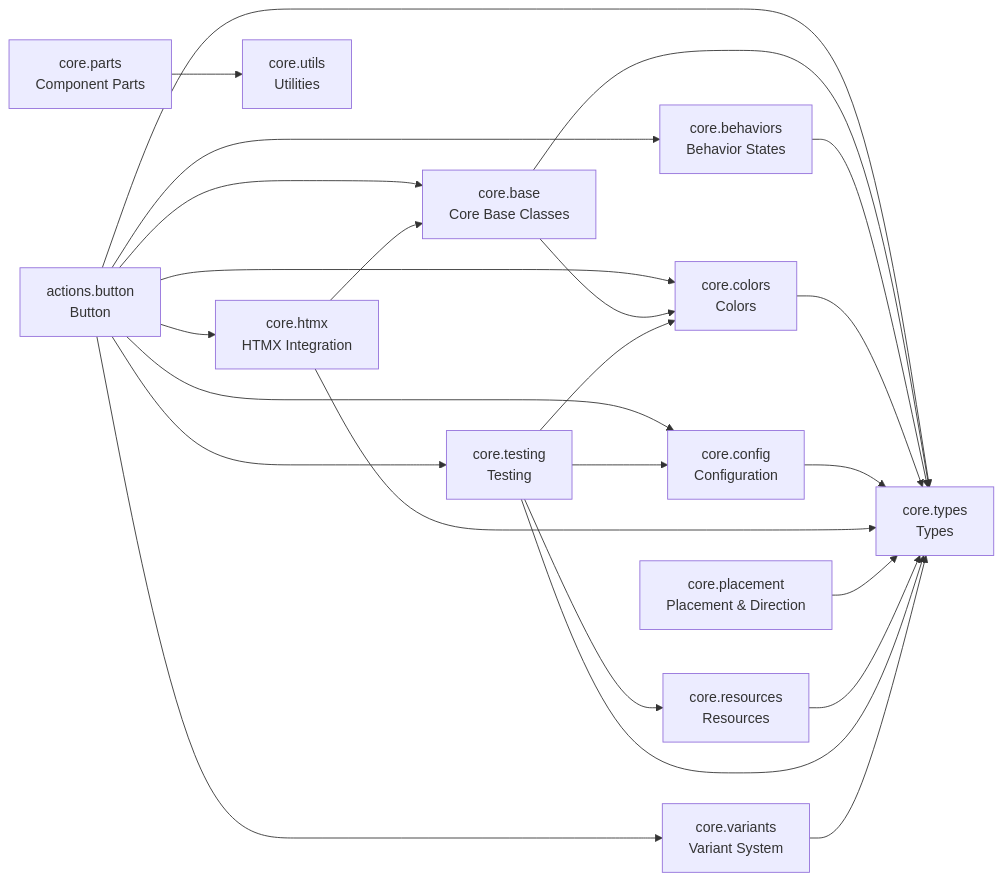
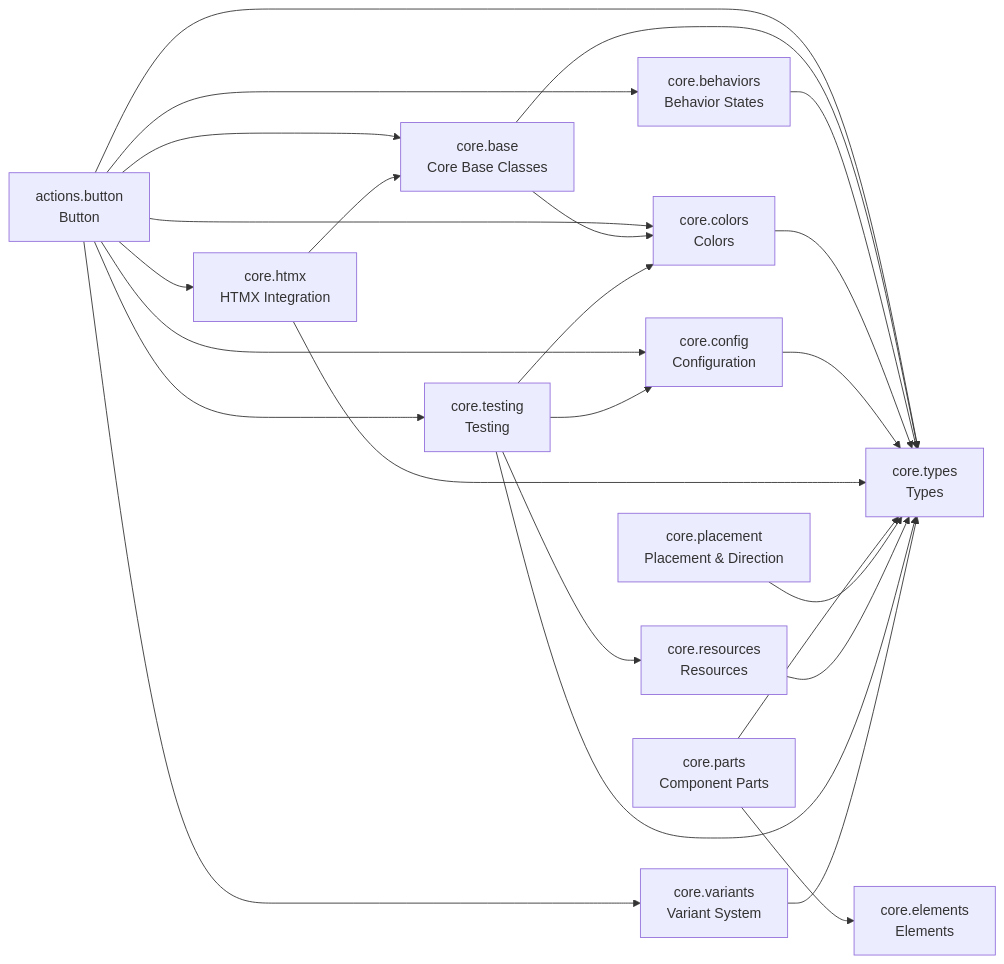
Before and after one commit to cj-mills/cjm-fasthtml-daisyui: the diagram in README.md, drawn with Mermaid. The commit also changed other lines of this file and 28 other files, not shown here.

Commit message:
Update notebooks to more fully leverage the nbs/core/types.ipynb notebook.

````diff
--- a/README.md
+++ b/README.md
@@ -45,40 +45,41 @@
 ``` mermaid
 graph LR
     actions_button[actions.button<br/>Button]
     core_base[core.base<br/>Core Base Classes]
     core_behaviors[core.behaviors<br/>Behavior States]
     core_colors[core.colors<br/>Colors]
     core_config[core.config<br/>Configuration]
+    core_elements[core.elements<br/>Elements]
     core_htmx[core.htmx<br/>HTMX Integration]
     core_parts[core.parts<br/>Component Parts]
     core_placement[core.placement<br/>Placement & Direction]
     core_resources[core.resources<br/>Resources]
     core_testing[core.testing<br/>Testing]
     core_types[core.types<br/>Types]
-    core_utils[core.utils<br/>Utilities]
     core_variants[core.variants<br/>Variant System]
 
-    actions_button --> core_behaviors
-    actions_button --> core_base
     actions_button --> core_testing
+    actions_button --> core_htmx
+    actions_button --> core_config
     actions_button --> core_types
     actions_button --> core_variants
     actions_button --> core_colors
-    actions_button --> core_htmx
-    actions_button --> core_config
+    actions_button --> core_base
+    actions_button --> core_behaviors
+    core_base --> core_colors
     core_base --> core_types
-    core_base --> core_colors
     core_behaviors --> core_types
     core_colors --> core_types
     core_config --> core_types
     core_htmx --> core_types
     core_htmx --> core_base
-    core_parts --> core_utils
+    core_parts --> core_types
+    core_parts --> core_elements
     core_placement --> core_types
     core_resources --> core_types
     core_testing --> core_types
+    core_testing --> core_resources
+    core_testing --> core_colors
     core_testing --> core_config
-    core_testing --> core_colors
-    core_testing --> core_resources
     core_variants --> core_types
 ```
````
